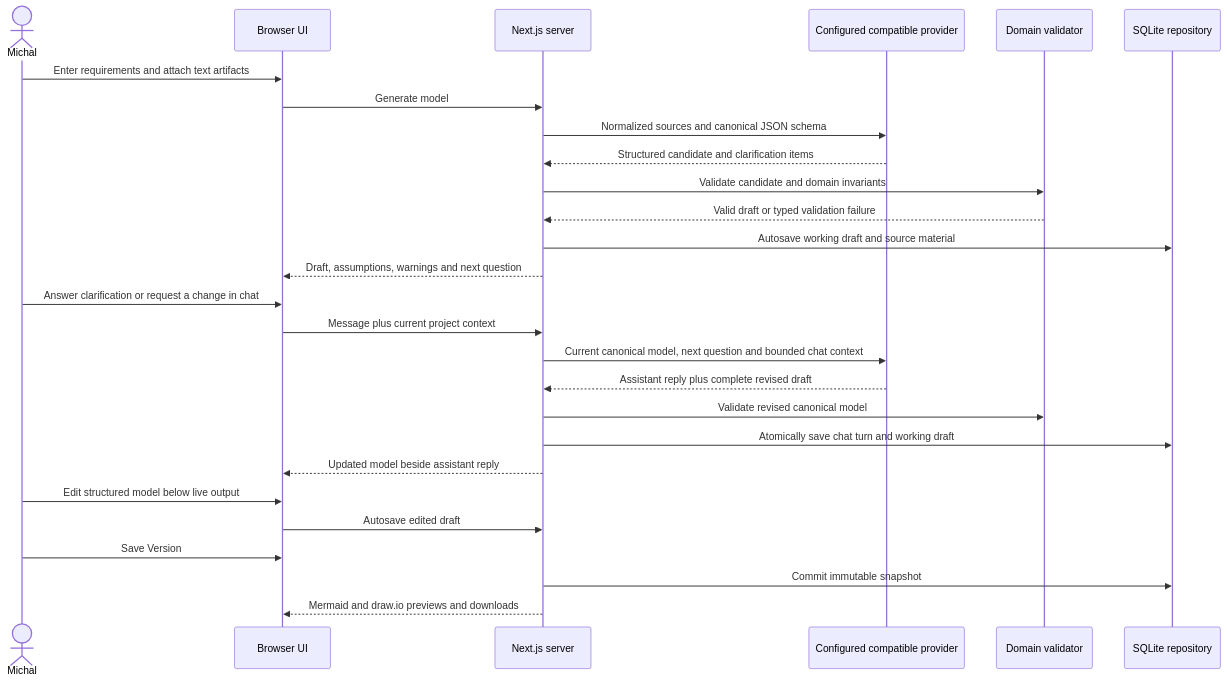
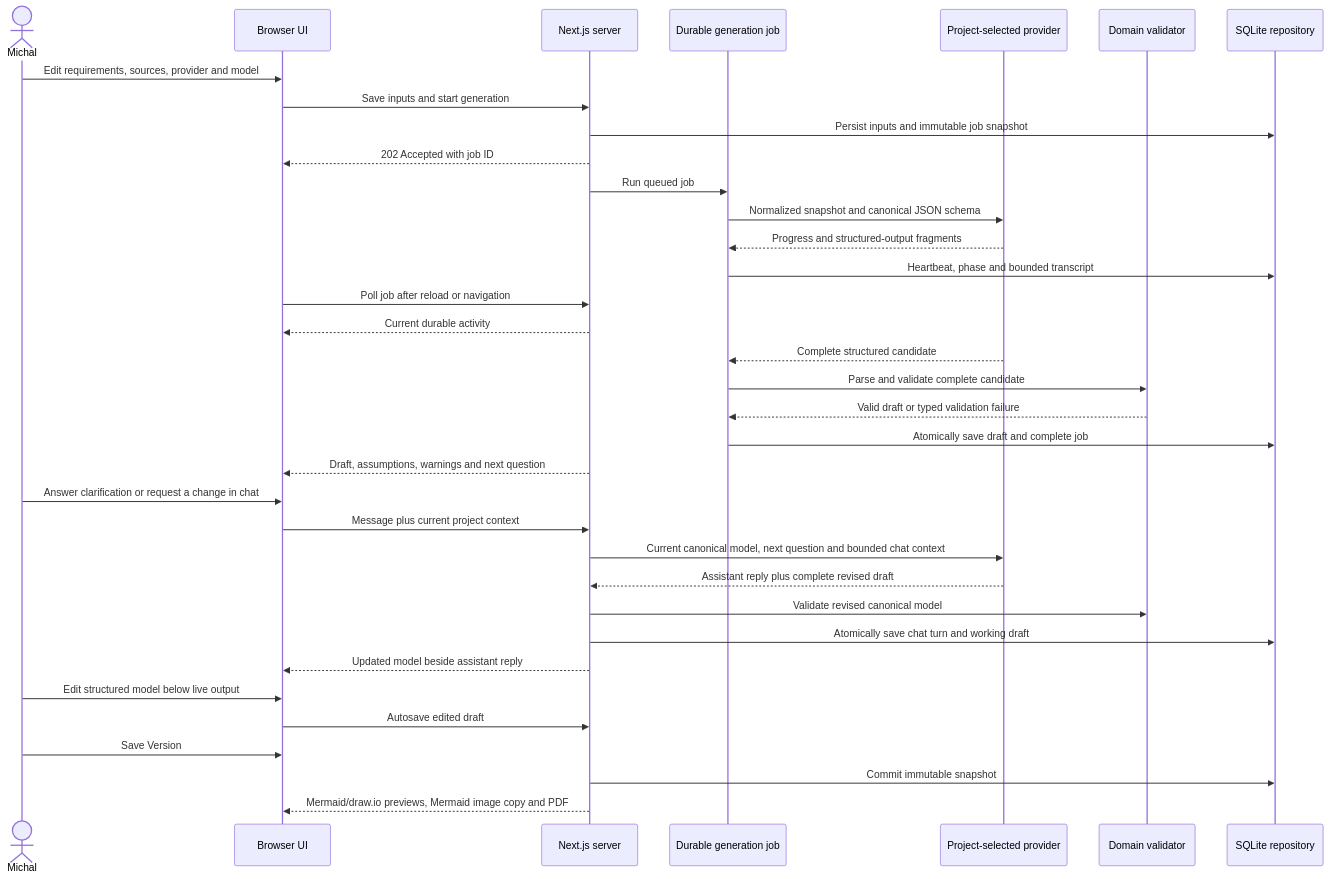
One commit to MikeS071/data-model-agent changed the second of 2 diagrams in docs/features/data-model-agent/design.md. Above: the diagram before and after it, drawn with Mermaid. The commit also changed other lines of this file and 1 other file, not shown here.

First line of the commit message:
docs: accept resilient model workbench design

````diff
--- a/docs/features/data-model-agent/design.md
+++ b/docs/features/data-model-agent/design.md
@@ -146,29 +185,37 @@
 ```mermaid
 sequenceDiagram
   actor Michal
   participant UI as Browser UI
   participant App as Next.js server
-  participant AI as Configured compatible provider
+  participant Job as Durable generation job
+  participant AI as Project-selected provider
   participant Domain as Domain validator
   participant DB as SQLite repository
-  Michal->>UI: Enter requirements and attach text artifacts
-  UI->>App: Generate model
-  App->>AI: Normalized sources and canonical JSON schema
-  AI-->>App: Structured candidate and clarification items
-  App->>Domain: Validate candidate and domain invariants
-  Domain-->>App: Valid draft or typed validation failure
-  App->>DB: Autosave working draft and source material
+  Michal->>UI: Edit requirements, sources, provider and model
+  UI->>App: Save inputs and start generation
+  App->>DB: Persist inputs and immutable job snapshot
+  App-->>UI: 202 Accepted with job ID
+  App->>Job: Run queued job
+  Job->>AI: Normalized snapshot and canonical JSON schema
+  AI-->>Job: Progress and structured-output fragments
+  Job->>DB: Heartbeat, phase and bounded transcript
+  UI->>App: Poll job after reload or navigation
+  App-->>UI: Current durable activity
+  AI-->>Job: Complete structured candidate
+  Job->>Domain: Parse and validate complete candidate
+  Domain-->>Job: Valid draft or typed validation failure
+  Job->>DB: Atomically save draft and complete job
   App-->>UI: Draft, assumptions, warnings and next question
   Michal->>UI: Answer clarification or request a change in chat
   UI->>App: Message plus current project context
   App->>AI: Current canonical model, next question and bounded chat context
   AI-->>App: Assistant reply plus complete revised draft
   App->>Domain: Validate revised canonical model
   App->>DB: Atomically save chat turn and working draft
   App-->>UI: Updated model beside assistant reply
   Michal->>UI: Edit structured model below live output
   UI->>App: Autosave edited draft
   Michal->>UI: Save Version
   App->>DB: Commit immutable snapshot
-  App-->>UI: Mermaid and draw.io previews and downloads
+  App-->>UI: Mermaid/draw.io previews, Mermaid image copy and PDF
 ```
````
